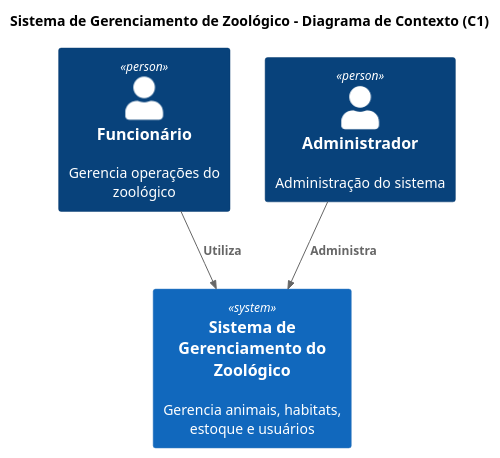
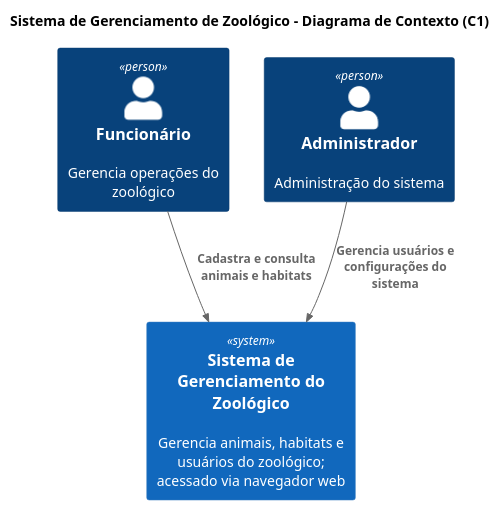
The diagram in Diagramas TCC/Diagrama de Contexto.puml (vinicius-gomes-cruz/TCC-ZOO-2026), drawn with PlantUML before and after one commit. The commit also changed 2 other files, not shown here.

Commit message:
Ajuste dos diagramas

```diff
--- a/Diagramas TCC/Diagrama de Contexto.puml
+++ b/Diagramas TCC/Diagrama de Contexto.puml
@@ -1,16 +1,16 @@
 @startuml
 !include https://raw.githubusercontent.com/plantuml-stdlib/C4-PlantUML/master/C4_Component.puml
 title Sistema de Gerenciamento de Zoológico - Diagrama de Contexto (C1)
 
 ' Atores / Pessoas
 Person(Funcionario, "Funcionário", "Gerencia operações do zoológico")
 Person(Administrador, "Administrador", "Administração do sistema")
 
 ' Sistema principal
-System(Sistema, "Sistema de Gerenciamento do Zoológico", "Gerencia animais, habitats, estoque e usuários")
+System(Sistema, "Sistema de Gerenciamento do Zoológico", "Gerencia animais, habitats e usuários do zoológico;\nacessado via navegador web")
 
 ' Relacionamentos
-Rel(Funcionario, Sistema, "Utiliza")
-Rel(Administrador, Sistema, "Administra")
+Rel(Funcionario, Sistema, "Cadastra e consulta animais e habitats")
+Rel(Administrador, Sistema, "Gerencia usuários e configurações do sistema")
 
 @enduml
```
